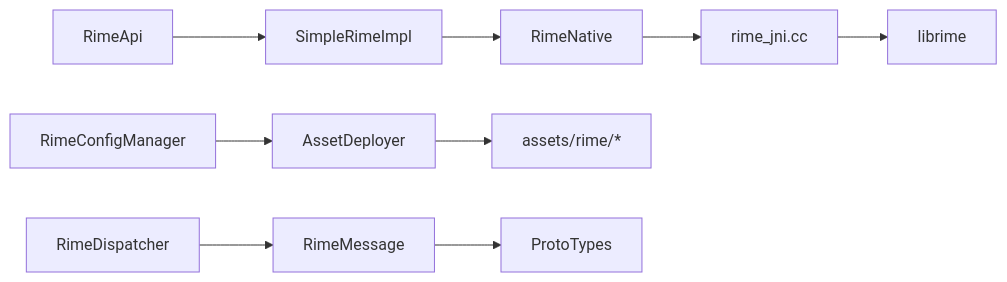
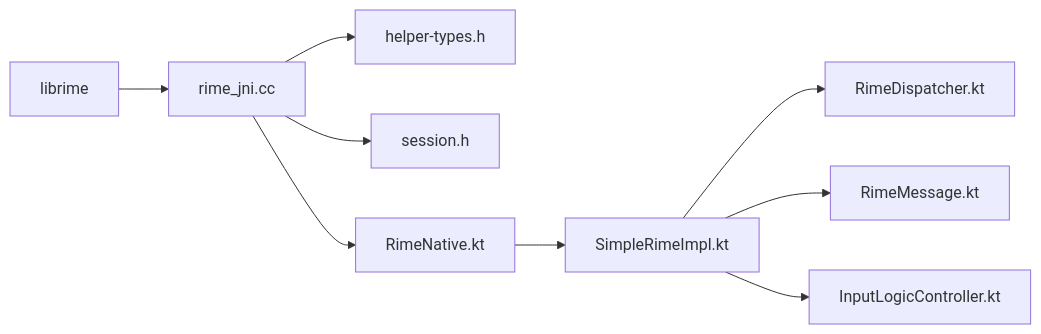
Before and after one commit to qiaodashaoye/ziyou-ime: the eighth of 8 diagrams in .qoder/repowiki/zh/content/Rime 引擎集成/Rime 引擎集成.md, drawn with Mermaid. The commit also changed other lines of this file and 407 other files, not shown here.

````diff
--- a/.qoder/repowiki/zh/content/Rime 引擎集成/Rime 引擎集成.md
+++ b/.qoder/repowiki/zh/content/Rime 引擎集成/Rime 引擎集成.md
@@ -361,11 +403,11 @@
 ```mermaid
 graph LR
-API["RimeApi"] --> Impl["SimpleRimeImpl"]
-Impl --> Native["RimeNative"]
-Native --> JNI["rime_jni.cc"]
-JNI --> Engine["librime"]
-Config["RimeConfigManager"] --> Deploy["AssetDeployer"]
-Deploy --> Assets["assets/rime/*"]
-Disp["RimeDispatcher"] --> Msg["RimeMessage"]
-Msg --> Types["ProtoTypes"]
+Lib["librime"] --> JNI["rime_jni.cc"]
+JNI --> Types["helper-types.h"]
+JNI --> Session["session.h"]
+JNI --> Native["RimeNative.kt"]
+Native --> Impl["SimpleRimeImpl.kt"]
+Impl --> Dispatcher["RimeDispatcher.kt"]
+Impl --> Msg["RimeMessage.kt"]
+Impl --> Controller["InputLogicController.kt"]
 ```
````
